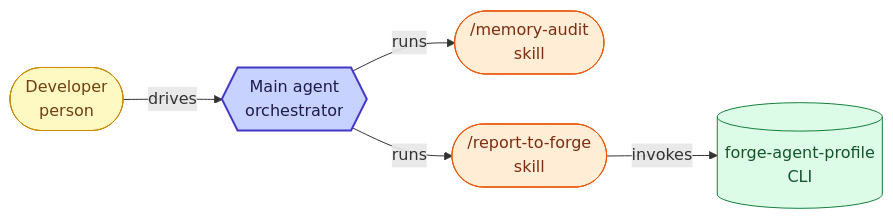
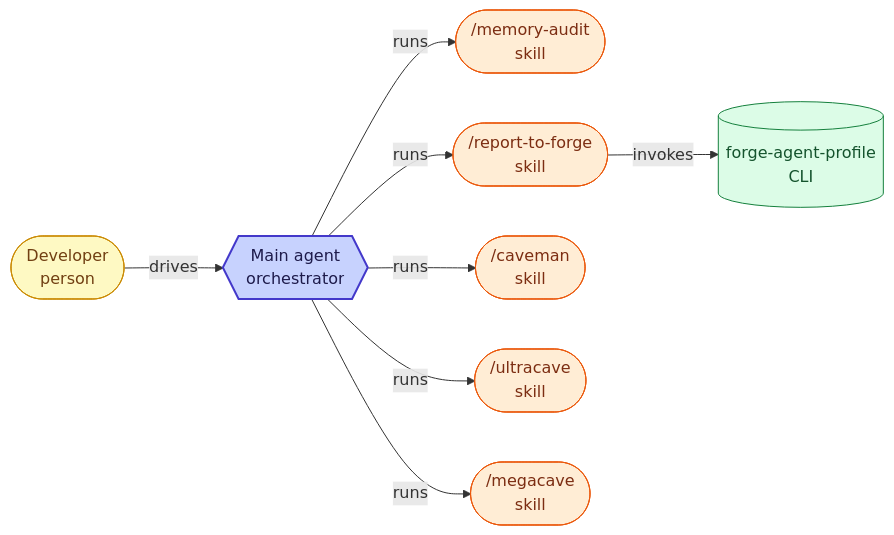
The seventh of 7 diagrams in docs/agent-architecture.md (misnaej/forge), drawn with Mermaid before and after one commit. The commit also changed other lines of this file and 10 other files, not shown here.

````diff
--- a/docs/agent-architecture.md
+++ b/docs/agent-architecture.md
@@ -402,26 +402,35 @@
 ```mermaid
 graph LR
   classDef person fill:#fef9c3,stroke:#ca8a04,color:#713f12
   classDef agent fill:#ede9fe,stroke:#7c3aed,color:#4c1d95
   classDef skill fill:#ffedd5,stroke:#ea580c,color:#7c2d12
   classDef hook fill:#fee2e2,stroke:#dc2626,color:#7f1d1d
   classDef cli fill:#dcfce7,stroke:#15803d,color:#14532d
   classDef policy fill:#f1f5f9,stroke:#64748b,color:#334155
   classDef orchestrator fill:#c7d2fe,stroke:#4338ca,color:#1e1b4b,stroke-width:2px
   classDef reporter stroke-dasharray:5 3
   classDef mutator stroke-width:3px
   human(["Developer<br/>person"])
   main_agent{{"Main agent<br/>orchestrator"}}
   human -->|drives| main_agent
   sk_memory_audit(["/memory-audit<br/>skill"])
   main_agent -->|runs| sk_memory_audit
   sk_report_to_forge(["/report-to-forge<br/>skill"])
   cli_forge_agent_profile[("forge-agent-profile<br/>CLI")]
+  sk_caveman(["/caveman<br/>skill"])
+  sk_ultracave(["/ultracave<br/>skill"])
+  sk_megacave(["/megacave<br/>skill"])
   main_agent -->|runs| sk_report_to_forge
+  main_agent -->|runs| sk_caveman
+  main_agent -->|runs| sk_ultracave
+  main_agent -->|runs| sk_megacave
   sk_report_to_forge -->|invokes| cli_forge_agent_profile
   class human person
   class main_agent orchestrator
   class sk_memory_audit skill
   class sk_report_to_forge skill
+  class sk_caveman skill
+  class sk_ultracave skill
+  class sk_megacave skill
   class cli_forge_agent_profile cli
 ```
````
